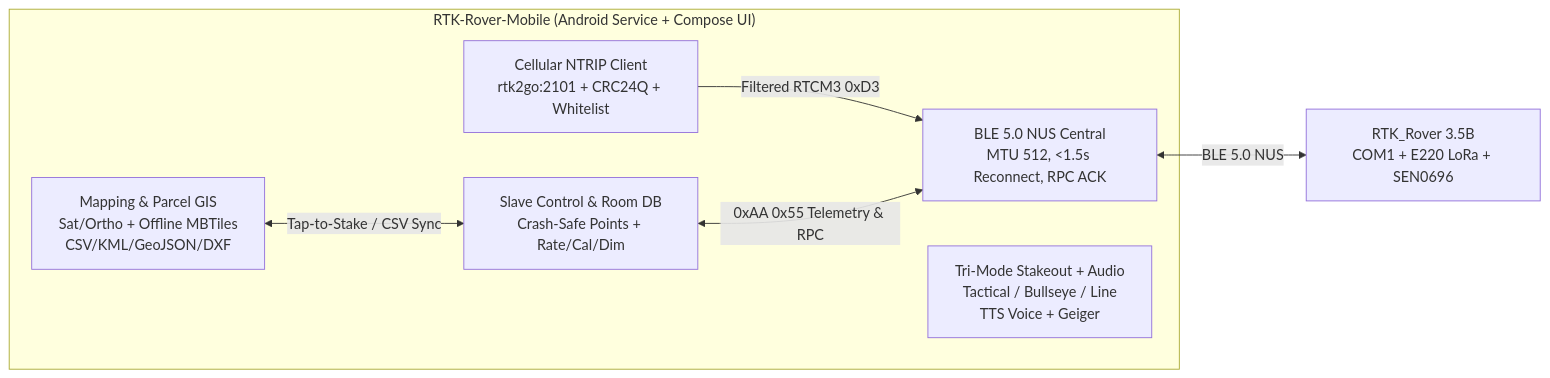
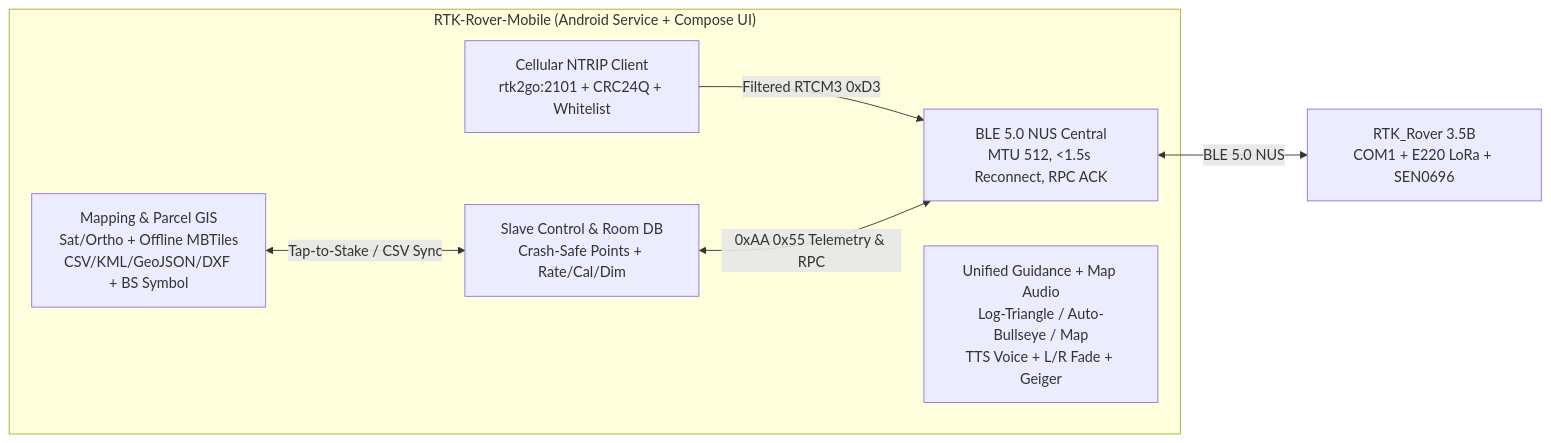
The diagram in docs/plans/plan_2_rover_enhancements_and_android_companion.md (rguilmet/RTK-Rover), drawn with Mermaid before and after one commit. The commit also changed other lines of this file and 9 other files, not shown here.

````diff
--- a/docs/plans/plan_2_rover_enhancements_and_android_companion.md
+++ b/docs/plans/plan_2_rover_enhancements_and_android_companion.md
@@ -104,14 +111,14 @@
 ```mermaid
 flowchart LR
     subgraph Android["RTK-Rover-Mobile (Android Service + Compose UI)"]
         NTRIP["Cellular NTRIP Client\nrtk2go:2101 + CRC24Q + Whitelist"]
         BLE["BLE 5.0 NUS Central\nMTU 512, <1.5s Reconnect, RPC ACK"]
-        MAP["Mapping & Parcel GIS\nSat/Ortho + Offline MBTiles\nCSV/KML/GeoJSON/DXF"]
-        STAKE["Tri-Mode Stakeout + Audio\nTactical / Bullseye / Line\nTTS Voice + Geiger"]
+        MAP["Mapping & Parcel GIS\nSat/Ortho + Offline MBTiles\nCSV/KML/GeoJSON/DXF + BS Symbol"]
+        STAKE["Unified Guidance + Map Audio\nLog-Triangle / Auto-Bullseye / Map\nTTS Voice + L/R Fade + Geiger"]
         CTRL["Slave Control & Room DB\nCrash-Safe Points + Rate/Cal/Dim"]
     end
     NTRIP -->|Filtered RTCM3 0xD3| BLE
     MAP <-->|Tap-to-Stake / CSV Sync| CTRL
     CTRL <-->|0xAA 0x55 Telemetry & RPC| BLE
     BLE <-->|BLE 5.0 NUS| ROVER["RTK_Rover 3.5B\nCOM1 + E220 LoRa + SEN0696"]
 ```
````
